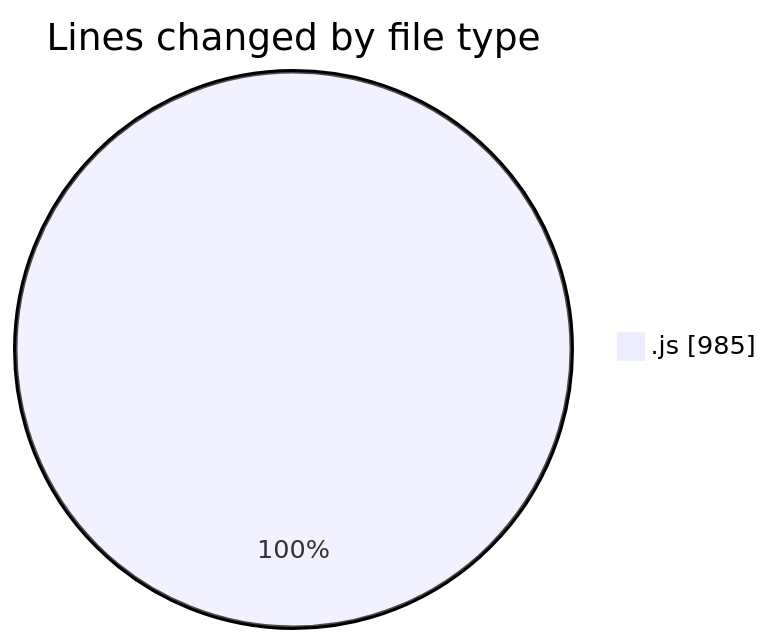
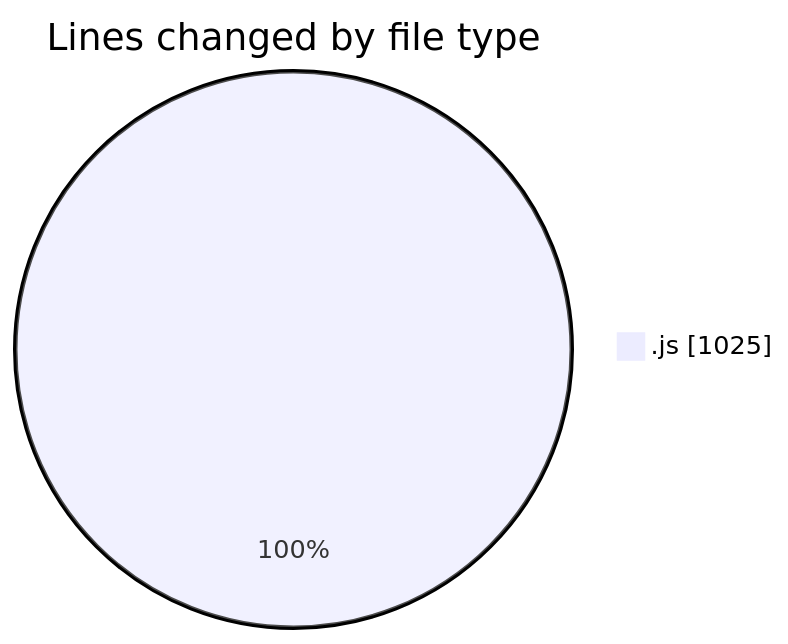
The first of 2 diagrams in 2025-09-01/nxtqube_webapp/README.md (nxtqubesakshisongat/code-tracking), drawn with Mermaid before and after one commit. The commit also changed other lines of this file and 1 other file, not shown here.

````diff
--- a/2025-09-01/nxtqube_webapp/README.md
+++ b/2025-09-01/nxtqube_webapp/README.md
@@ -20,5 +20,5 @@
 ```mermaid
 pie showData
 title Lines changed by file type
-".js" : 985
+".js" : 1025
 ```
````
